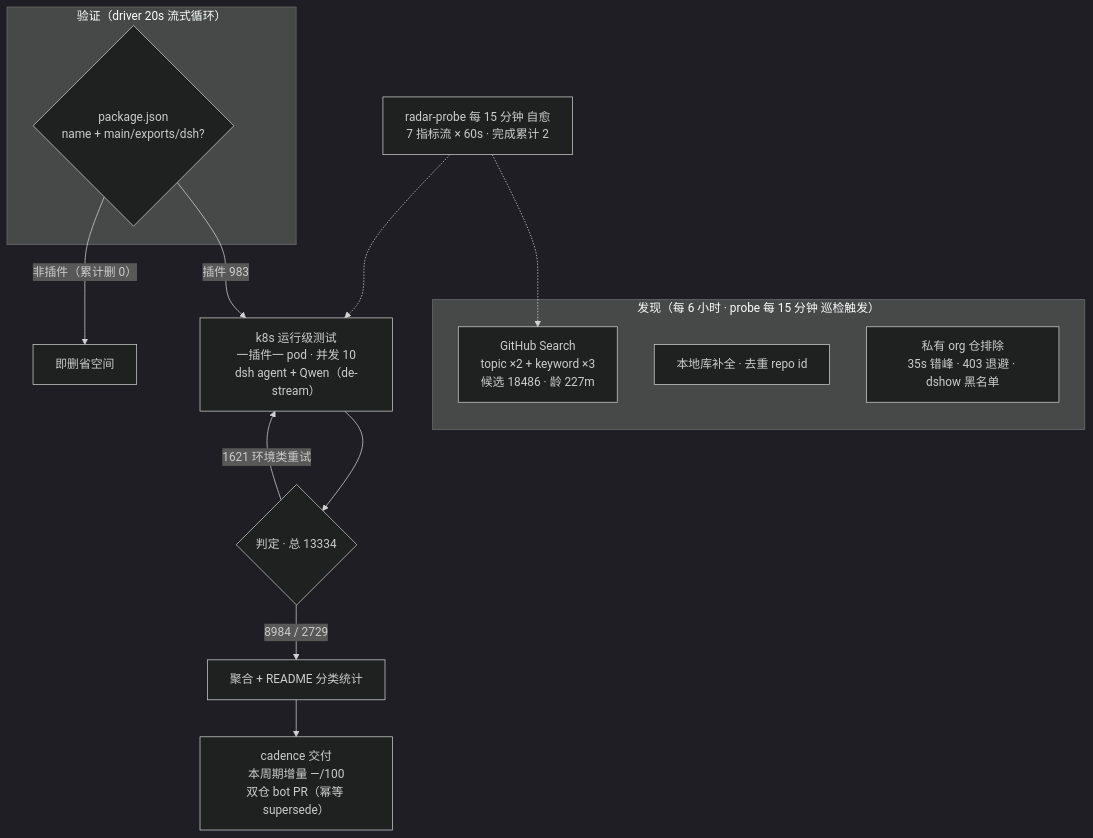
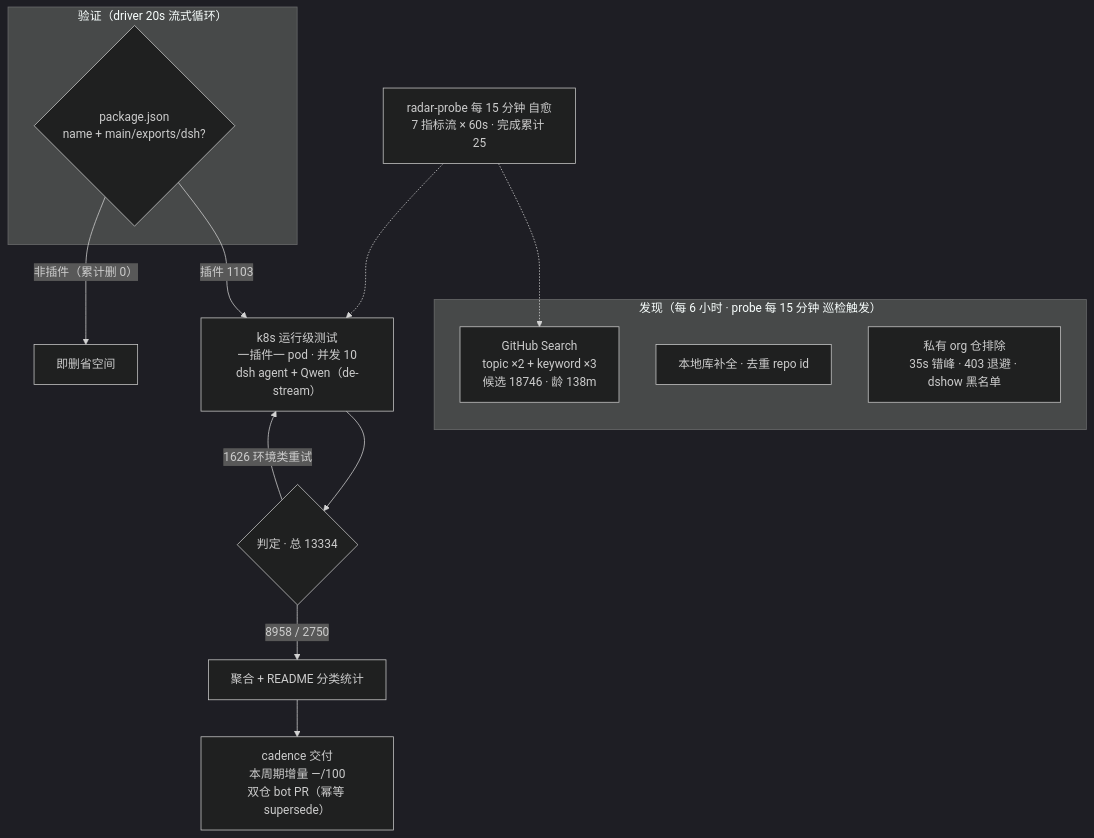
One commit to the-beating-light-of-the-nail/dsh-meme-hub-site changed the diagram in public/readmes/awesome-dsh-plugins.md. Above: the diagram before and after it, drawn with Mermaid (dark theme). The commit also changed other lines of this file and 230 other files, not shown here.

````diff
--- a/public/readmes/awesome-dsh-plugins.md
+++ b/public/readmes/awesome-dsh-plugins.md
@@ -52,20 +52,20 @@
 ```mermaid
 flowchart TB
     subgraph Discovery["发现（每 6 小时 · probe 每 15 分钟 巡检触发）"]
-        A1["GitHub Search<br/>topic ×2 + keyword ×3<br/>候选 18486 · 龄 227m"]
+        A1["GitHub Search<br/>topic ×2 + keyword ×3<br/>候选 18746 · 龄 138m"]
         A2["本地库补全 · 去重 repo id"]
         A3["私有 org 仓排除<br/>35s 错峰 · 403 退避 · dshow 黑名单"]
     end
     subgraph Validation["验证（driver 20s 流式循环）"]
         B1{"package.json<br/>name + main/exports/dsh?"}
     end
-    B1 -->|"插件 983"| C1["k8s 运行级测试<br/>一插件一 pod · 并发 10<br/>dsh agent + Qwen（de-stream）"]
+    B1 -->|"插件 1103"| C1["k8s 运行级测试<br/>一插件一 pod · 并发 10<br/>dsh agent + Qwen（de-stream）"]
     B1 -->|"非插件（累计删 0）"| B3["即删省空间"]
     C1 --> D1{"判定 · 总 13334"}
-    D1 -->|"8984 / 2729"| E1["聚合 + README 分类统计"]
-    D1 -->|"1621 环境类重试"| C1
+    D1 -->|"8958 / 2750"| E1["聚合 + README 分类统计"]
+    D1 -->|"1626 环境类重试"| C1
     E1 --> E2["cadence 交付<br/>本周期增量 —/100<br/>双仓 bot PR（幂等 supersede）"]
-    M["radar-probe 每 15 分钟 自愈<br/>7 指标流 × 60s · 完成累计 2"]
+    M["radar-probe 每 15 分钟 自愈<br/>7 指标流 × 60s · 完成累计 25"]
     M -.-> A1
     M -.-> C1
 ```
````
